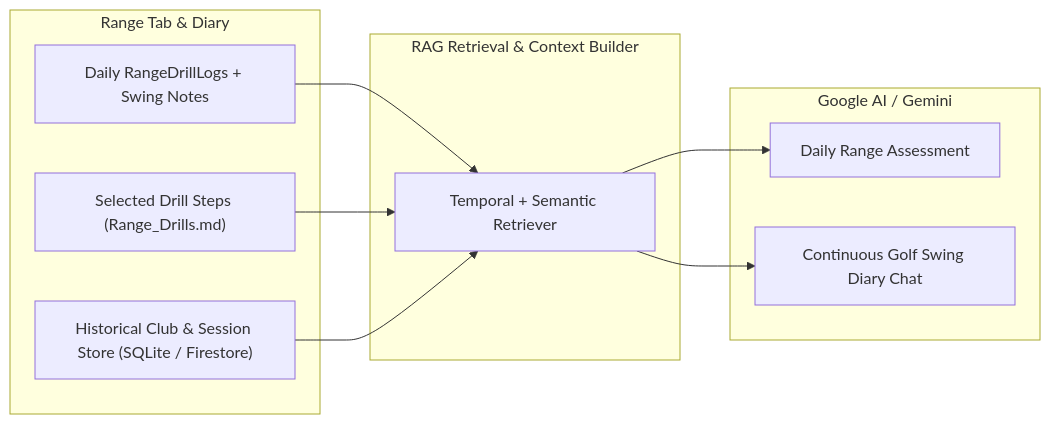
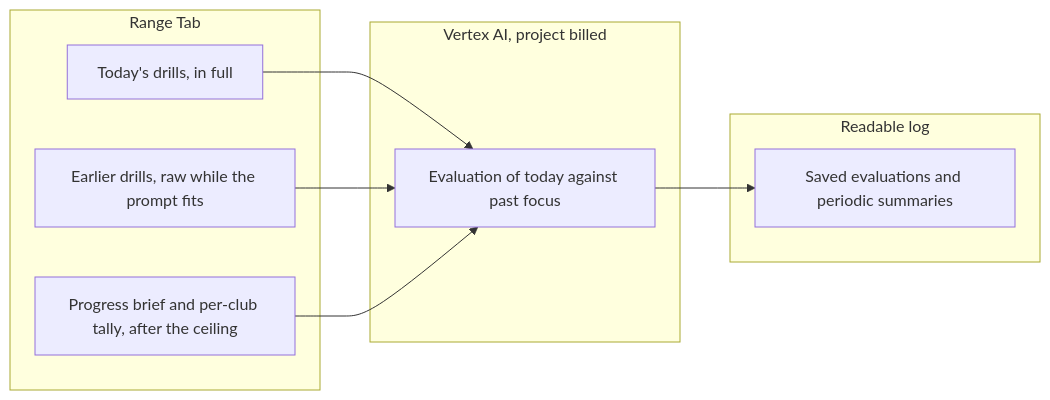
Before and after one commit to ograva/My-Golf-Diary: the diagram in docs/context/PRD.md, drawn with Mermaid. The commit also changed other lines of this file and 1 other file, not shown here.

Commit message:
docs: align RNGE-004 PRD with the Vertex AI diary architecture

````diff
--- a/docs/context/PRD.md
+++ b/docs/context/PRD.md
@@ -121,20 +121,18 @@
 ```mermaid
 flowchart LR
-  subgraph Range_Tab [Range Tab & Diary]
-    Logs["Daily RangeDrillLogs + Swing Notes"]
-    Drills["Selected Drill Steps (Range_Drills.md)"]
-    History["Historical Club & Session Store (SQLite / Firestore)"]
+  subgraph Range_Tab [Range Tab]
+    Today["Today's drills, in full"]
+    History["Earlier drills, raw while the prompt fits"]
+    Brief["Progress brief and per-club tally, after the ceiling"]
   end
-  subgraph RAG_Layer [RAG Retrieval & Context Builder]
-    Retriever["Temporal + Semantic Retriever"]
+  subgraph Vertex [Vertex AI, project billed]
+    Eval["Evaluation of today against past focus"]
   end
-  subgraph Google_AI [Google AI / Gemini]
-    Summary["Daily Range Assessment"]
-    Chat["Continuous Golf Swing Diary Chat"]
+  subgraph Log [Readable log]
+    Rows["Saved evaluations and periodic summaries"]
   end
-  Logs --> Retriever
-  Drills --> Retriever
-  History --> Retriever
-  Retriever --> Summary
-  Retriever --> Chat
+  Today --> Eval
+  History --> Eval
+  Brief --> Eval
+  Eval --> Rows
 ```
````
